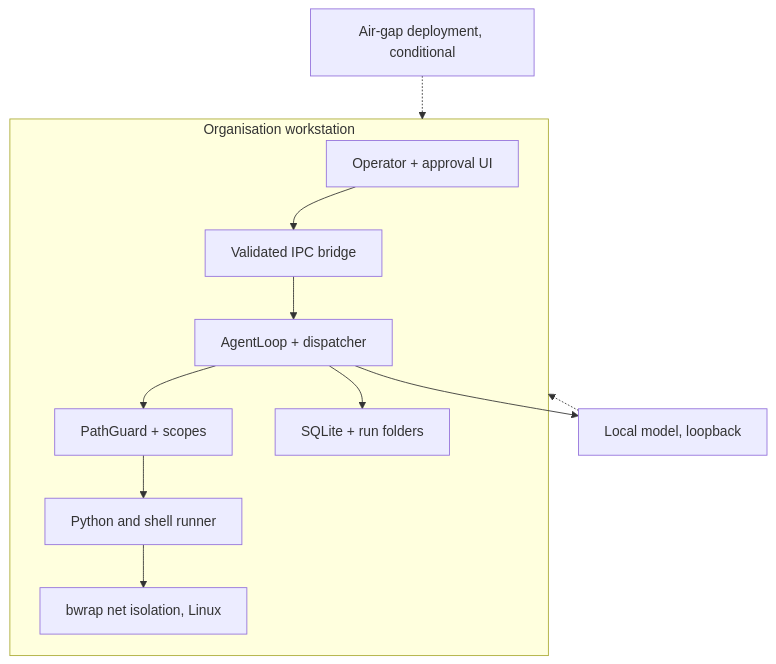
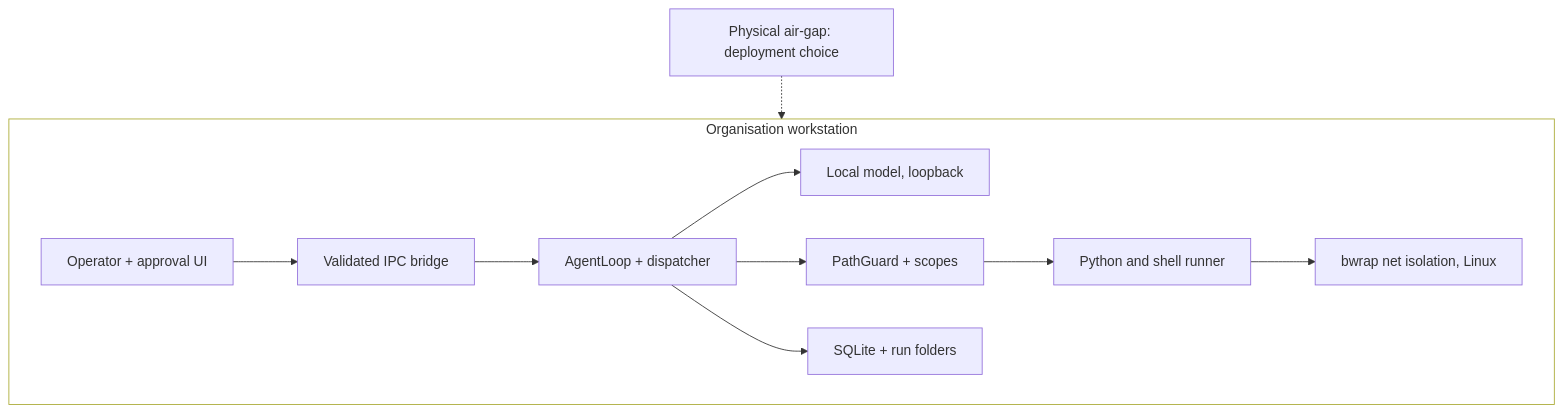
Before and after one commit to BITverse-24/local-workbench: the diagram in docs/diagrams/03_SECURITY_BOUNDARY.md, drawn with Mermaid. The commit also changed other lines of this file and 436 other files, not shown here.

````diff
--- a/docs/diagrams/03_SECURITY_BOUNDARY.md
+++ b/docs/diagrams/03_SECURITY_BOUNDARY.md
@@ -5,24 +5,25 @@
 ```mermaid
 flowchart TB
     subgraph BOX["Organisation workstation"]
         UI["Operator + approval UI"]
         IPC["Validated IPC bridge"]
         AG["AgentLoop + dispatcher"]
+        MD["Local model, loopback"]
         PG["PathGuard + scopes"]
         PY["Python and shell runner"]
         LX["bwrap net isolation, Linux"]
         ST["SQLite + run folders"]
     end
-    MD["Local model, loopback"]
-    DG["Air-gap deployment, conditional"]
+    DG["Physical air-gap: deployment choice"]
 
     UI --> IPC
     IPC --> AG
+    AG --> MD
     AG --> PG
     PG --> PY
     PY --> LX
     AG --> ST
-    AG --> MD
     DG -.-> BOX
-    MD -.-> BOX
+
+    style BOX fill:transparent
 ```
````
